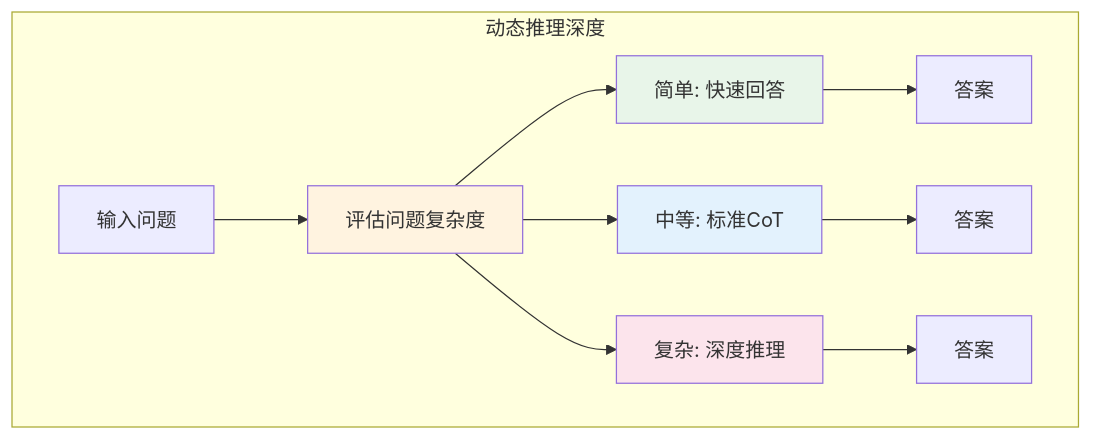
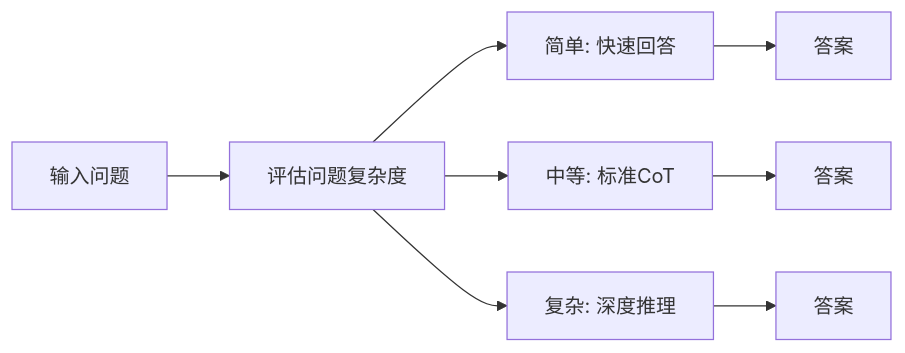
The first of 3 diagrams in docs/language-models/reasoning/test-time-compute.md (fenixsoft/dmla), drawn with Mermaid before and after one commit. The commit also changed other lines of this file and 12 other files, not shown here.

First line of the commit message:
docs: 推理章节精简重写，启用 GFM breaks，新增插图资源

````diff
--- a/docs/language-models/reasoning/test-time-compute.md
+++ b/docs/language-models/reasoning/test-time-compute.md
@@ -111,17 +39,10 @@
-```mermaid
-graph TB
-    subgraph 动态推理深度
-        Q["输入问题"] --> E["评估问题复杂度"]
-        E --> S1["简单: 快速回答"]
-        E --> S2["中等: 标准CoT"]
-        E --> S3["复杂: 深度推理"]
-        S1 --> A1["答案"]
-        S2 --> A2["答案"]
-        S3 --> A3["答案"]
-    end
-
-    style E fill:#fff3e0
-    style S1 fill:#e8f5e9
-    style S2 fill:#e3f2fd
-    style S3 fill:#fce4ec
+```mermaid compact
+graph LR
+    Q["输入问题"] --> E["评估问题复杂度"]
+    E --> S1["简单: 快速回答"]
+    E --> S2["中等: 标准CoT"]
+    E --> S3["复杂: 深度推理"]
+    S1 --> A1["答案"]
+    S2 --> A2["答案"]
+    S3 --> A3["答案"]
 ```
````
